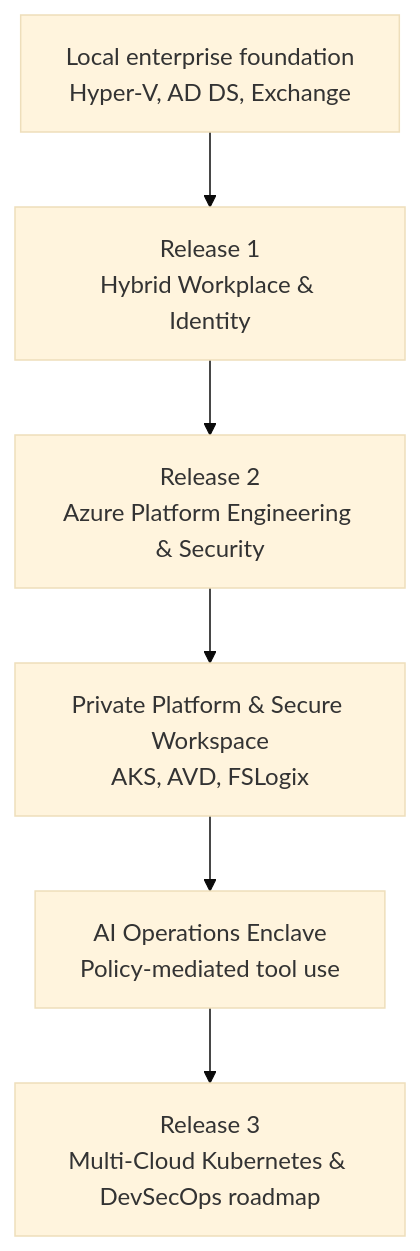
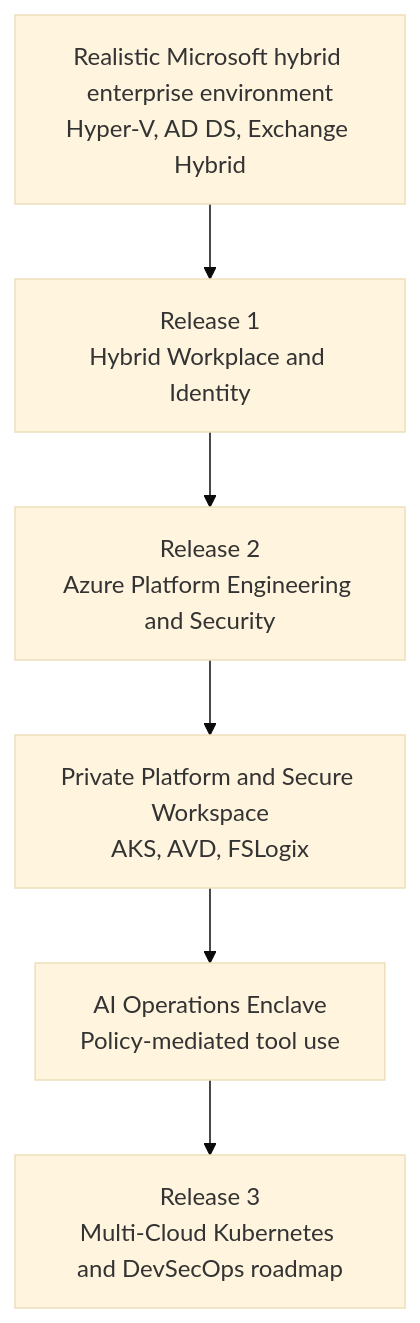
Before and after one commit to jrikobd-azaws/azawslab-enterprise-hybrid-security: the diagram in site/index.md, drawn with Mermaid (base theme). The commit also changed other lines of this file, not shown here.

````diff
--- a/site/index.md
+++ b/site/index.md
@@ -62,8 +66,8 @@
 ```mermaid
 graph TD
-    A["Local enterprise foundation<br>Hyper-V, AD DS, Exchange"] --> B["Release 1<br>Hybrid Workplace & Identity"]
-    B --> C["Release 2<br>Azure Platform Engineering & Security"]
-    C --> D["Private Platform & Secure Workspace<br>AKS, AVD, FSLogix"]
+    A["Realistic Microsoft hybrid enterprise environment<br>Hyper-V, AD DS, Exchange Hybrid"] --> B["Release 1<br>Hybrid Workplace and Identity"]
+    B --> C["Release 2<br>Azure Platform Engineering and Security"]
+    C --> D["Private Platform and Secure Workspace<br>AKS, AVD, FSLogix"]
     D --> E["AI Operations Enclave<br>Policy-mediated tool use"]
-    E --> F["Release 3<br>Multi-Cloud Kubernetes & DevSecOps roadmap"]
+    E --> F["Release 3<br>Multi-Cloud Kubernetes and DevSecOps roadmap"]
 ```
````
